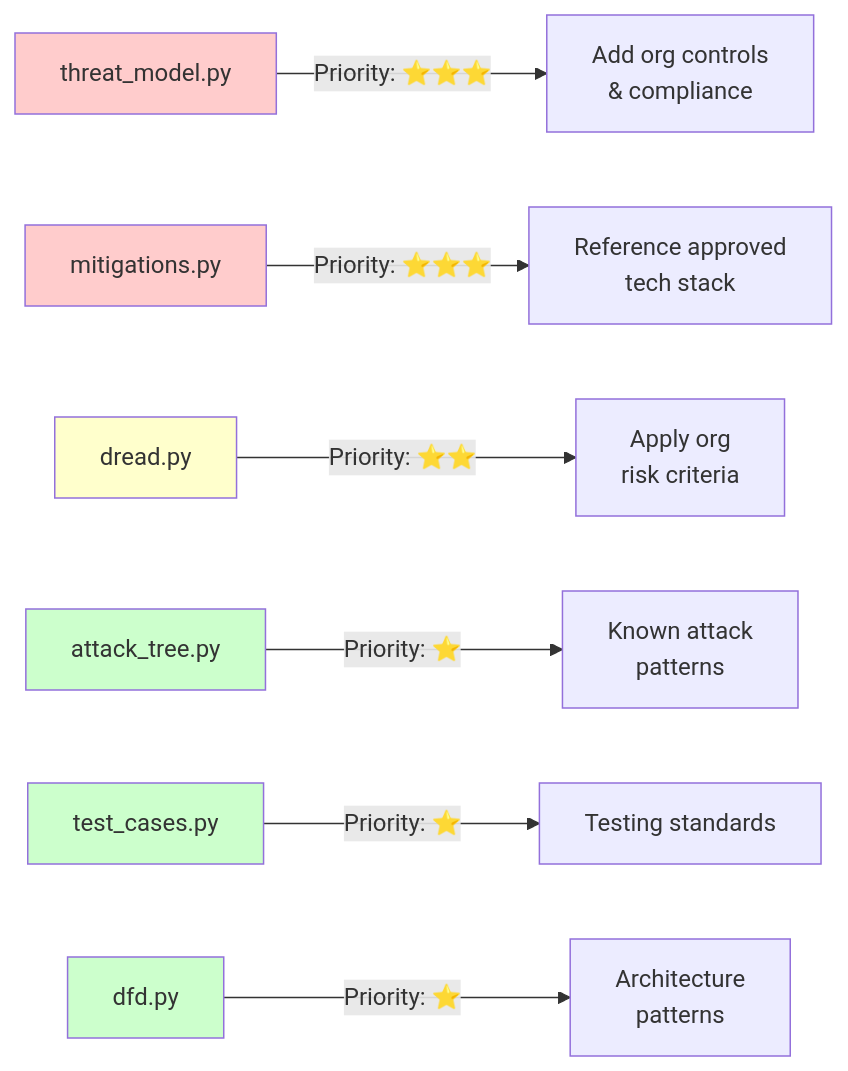
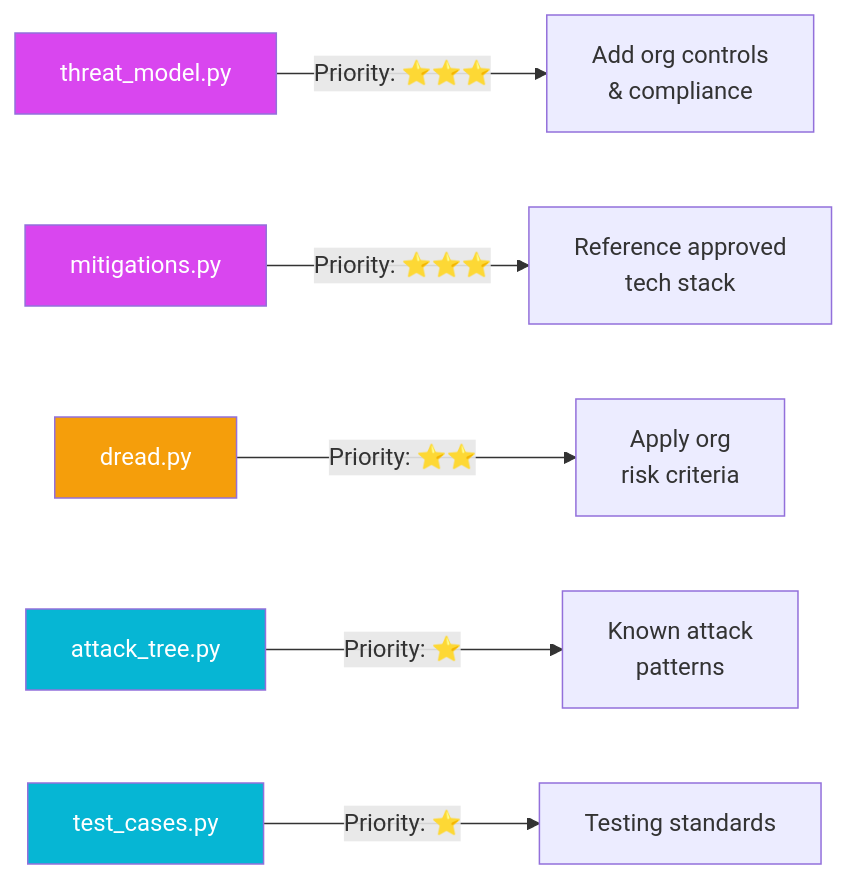
One commit to mrwadams/stride-gpt changed the second of 7 diagrams in docs/operationalization-guide.md. Above: the diagram before and after it, drawn with Mermaid. The commit also changed other lines of this file, not shown here.

````diff
--- a/docs/operationalization-guide.md
+++ b/docs/operationalization-guide.md
@@ -36,16 +36,14 @@
 ```mermaid
 graph LR
     A[threat_model.py] -->|Priority: ⭐⭐⭐| B[Add org controls<br/>& compliance]
     C[mitigations.py] -->|Priority: ⭐⭐⭐| D[Reference approved<br/>tech stack]
     E[dread.py] -->|Priority: ⭐⭐| F[Apply org<br/>risk criteria]
     G[attack_tree.py] -->|Priority: ⭐| H[Known attack<br/>patterns]
     I[test_cases.py] -->|Priority: ⭐| J[Testing standards]
-    K[dfd.py] -->|Priority: ⭐| L[Architecture<br/>patterns]
 
-    style A fill:#ffcccc
-    style C fill:#ffcccc
-    style E fill:#ffffcc
-    style G fill:#ccffcc
-    style I fill:#ccffcc
-    style K fill:#ccffcc
+    style A fill:#D946EF,color:#fff
+    style C fill:#D946EF,color:#fff
+    style E fill:#F59E0B,color:#fff
+    style G fill:#06B6D4,color:#fff
+    style I fill:#06B6D4,color:#fff
 ```
````
